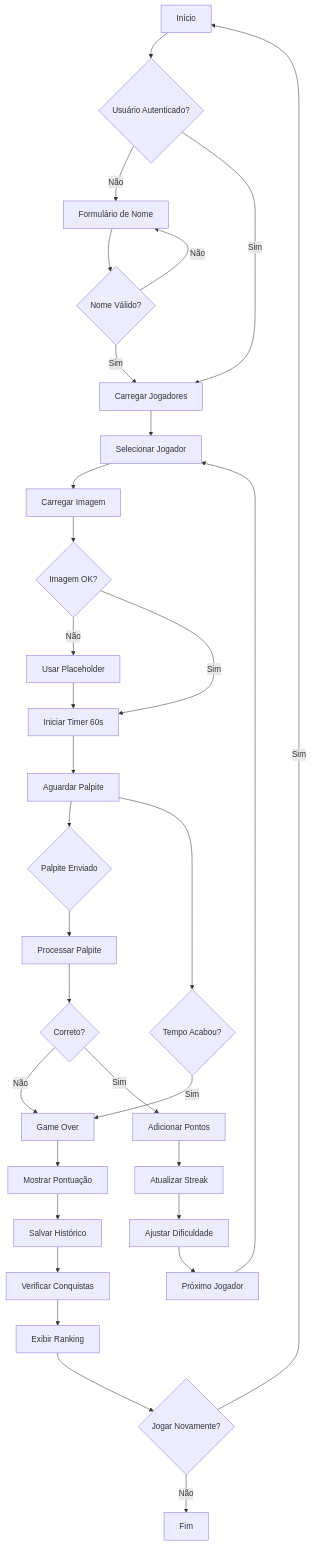
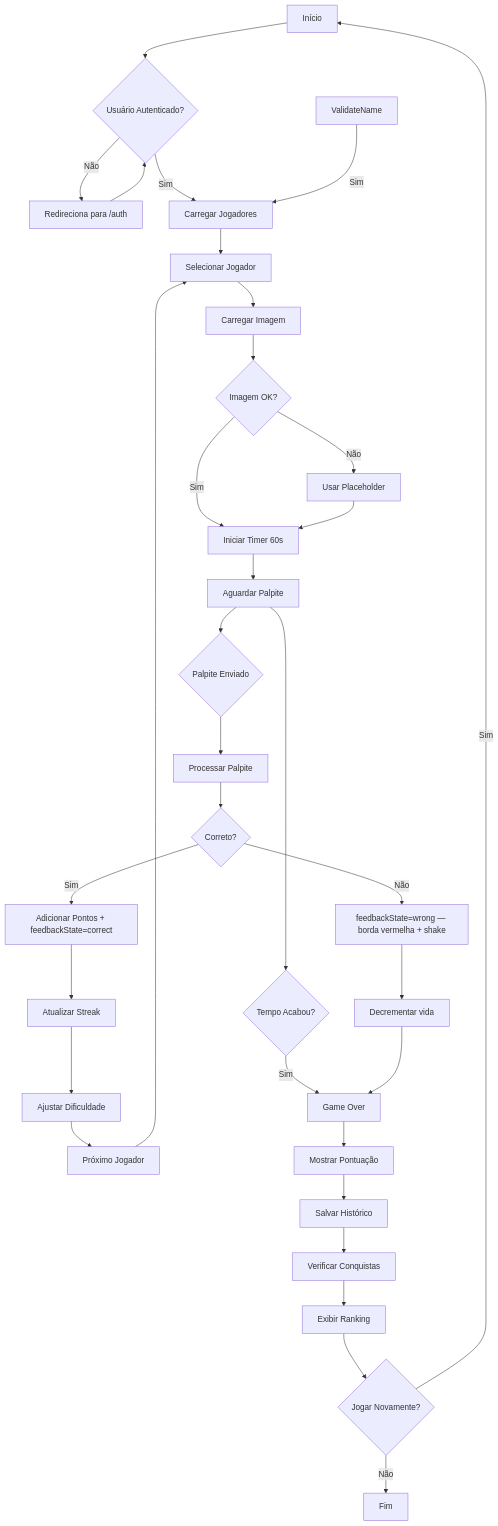
Before and after one commit to neigirao/flulegendarium: the second of 3 diagrams in docs/GAME_FLOW.md, drawn with Mermaid. The commit also changed other lines of this file and 1 other file, not shown here.

First line of the commit message:
docs: update GAME_FLOW and AI_CODEBASE_INDEX for recent changes

````diff
--- a/docs/GAME_FLOW.md
+++ b/docs/GAME_FLOW.md
@@ -22,48 +38,49 @@
 ```mermaid
 flowchart TD
     Start[Início] --> Auth{Usuário Autenticado?}
     
-    Auth -->|Não| GuestForm[Formulário de Nome]
+    Auth -->|Não| RedirectLogin[Redireciona para /auth]
     Auth -->|Sim| LoadPlayers[Carregar Jogadores]
     
-    GuestForm --> ValidateName{Nome Válido?}
-    ValidateName -->|Não| GuestForm
+    RedirectLogin --> Auth
     ValidateName -->|Sim| LoadPlayers
     
     LoadPlayers --> SelectPlayer[Selecionar Jogador]
     
     SelectPlayer --> LoadImage[Carregar Imagem]
     LoadImage --> ImageLoaded{Imagem OK?}
     
     ImageLoaded -->|Não| Fallback[Usar Placeholder]
     ImageLoaded -->|Sim| StartTimer[Iniciar Timer 60s]
     Fallback --> StartTimer
     
     StartTimer --> WaitGuess[Aguardar Palpite]
     
     WaitGuess --> GuessSubmit{Palpite Enviado}
     WaitGuess --> TimeUp{Tempo Acabou?}
     
     TimeUp -->|Sim| GameOver[Game Over]
     
     GuessSubmit --> ProcessGuess[Processar Palpite]
     ProcessGuess --> CheckCorrect{Correto?}
     
-    CheckCorrect -->|Não| GameOver
-    CheckCorrect -->|Sim| AddPoints[Adicionar Pontos]
+    CheckCorrect -->|Não| WrongFeedback[feedbackState=wrong — borda vermelha + shake]
+    WrongFeedback --> DecrementLife[Decrementar vida]
+    DecrementLife --> GameOver
+    CheckCorrect -->|Sim| AddPoints[Adicionar Pontos + feedbackState=correct]
     
     AddPoints --> UpdateStreak[Atualizar Streak]
     UpdateStreak --> AdjustDifficulty[Ajustar Dificuldade]
     
     AdjustDifficulty --> NextPlayer[Próximo Jogador]
     NextPlayer --> SelectPlayer
     
     GameOver --> ShowScore[Mostrar Pontuação]
     ShowScore --> SaveHistory[Salvar Histórico]
     SaveHistory --> CheckAchievements[Verificar Conquistas]
     CheckAchievements --> ShowRanking[Exibir Ranking]
     ShowRanking --> PlayAgain{Jogar Novamente?}
     
     PlayAgain -->|Sim| Start
     PlayAgain -->|Não| End[Fim]
 ```
````
